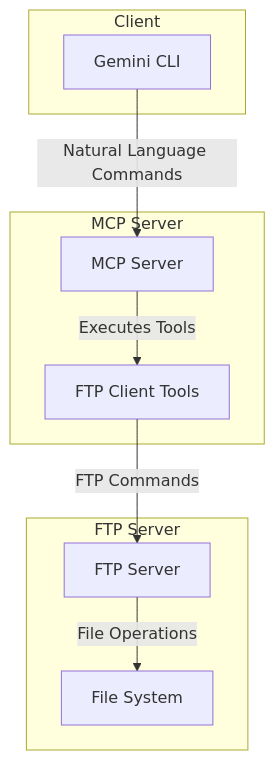
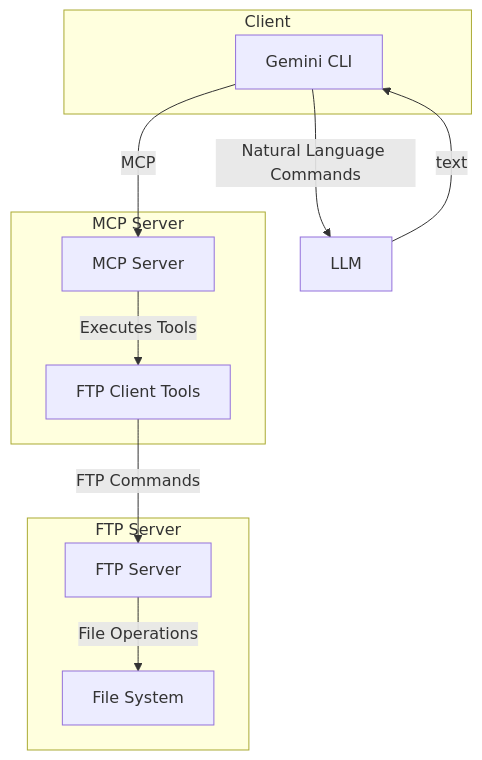
One commit to ahinoam400/ftp-mcp-server changed the diagram in SPECIFICATION.md. Above: the diagram before and after it, drawn with Mermaid. The commit also changed other lines of this file, not shown here.

````diff
--- a/SPECIFICATION.md
+++ b/SPECIFICATION.md
@@ -16,21 +16,23 @@
 ```mermaid
 graph TD
     subgraph "Client"
         A[Gemini CLI]
     end
 
     subgraph "MCP Server"
         B[MCP Server]
         C[FTP Client Tools]
     end
 
     subgraph "FTP Server"
         D[FTP Server]
         E[File System]
     end
 
-    A -- "Natural Language Commands" --> B
+    A -- "Natural Language Commands" --> LLM
+    LLM --text -->A
+    A--MCP-->B
     B -- "Executes Tools" --> C
     C -- "FTP Commands" --> D
     D -- "File Operations" --> E
 ```
````
